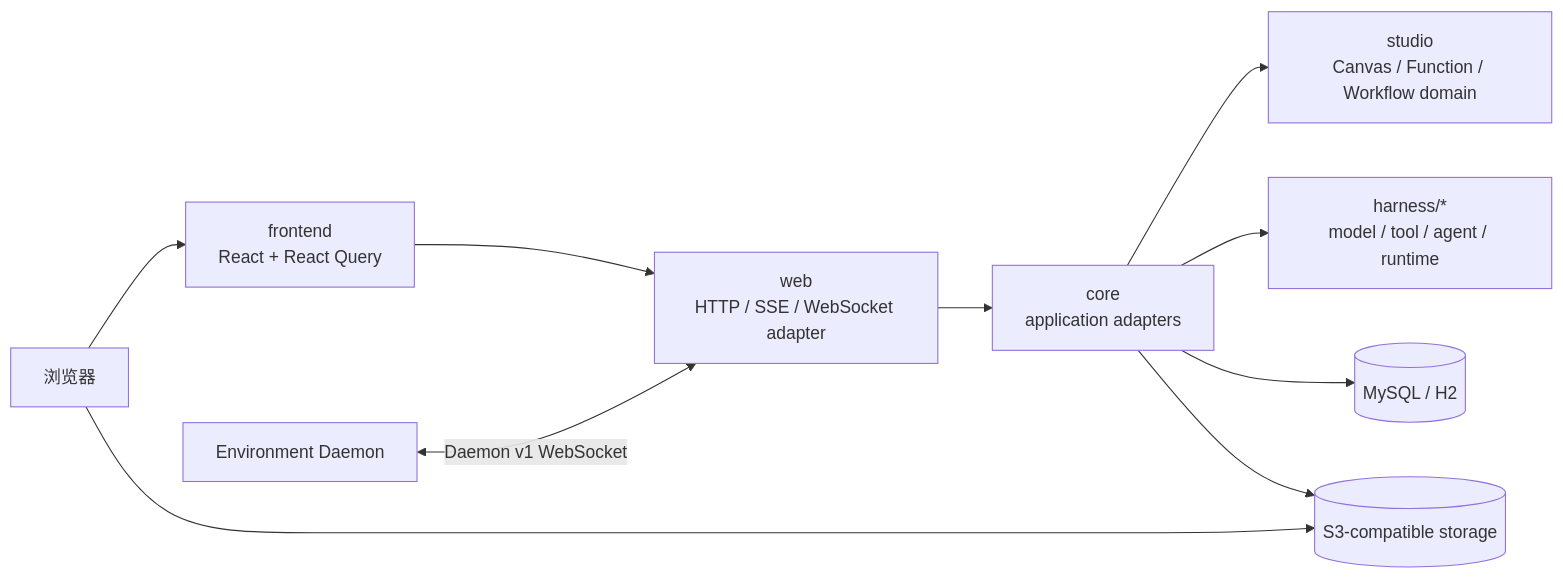
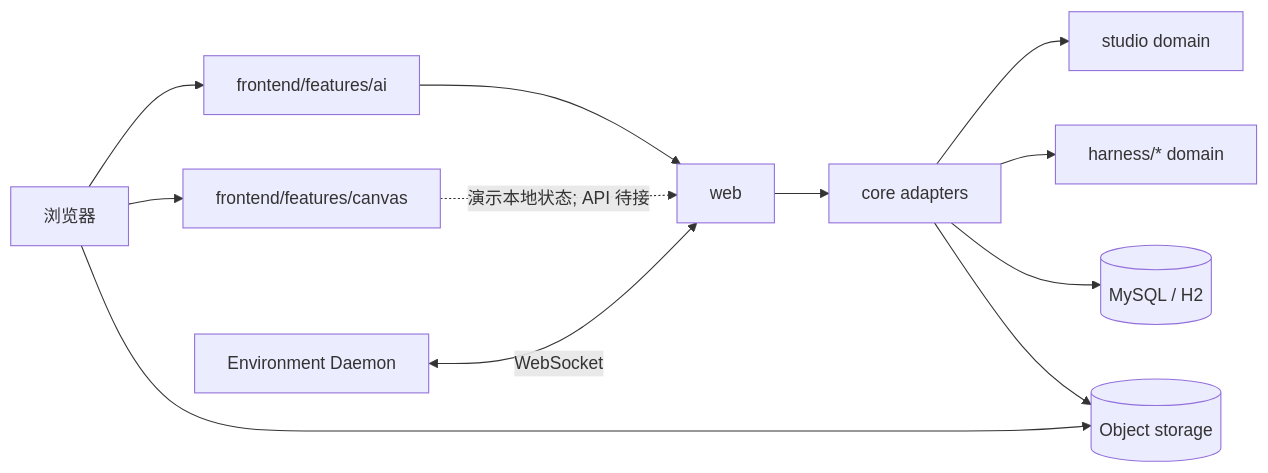
The diagram in docs/technical-solution/architecture.md (fengwk/kk-studio), drawn with Mermaid before and after one commit. The commit also changed other lines of this file and 28 other files, not shown here.

First line of the commit message:
refactor: make dual-domain architecture explicit and aligned

````diff
--- a/docs/technical-solution/architecture.md
+++ b/docs/technical-solution/architecture.md
@@ -7,22 +16,25 @@
 ```mermaid
 flowchart LR
     Browser[浏览器]
-    Frontend[frontend<br/>React + React Query]
-    Web[web<br/>HTTP / SSE / WebSocket adapter]
-    Core[core<br/>application adapters]
-    Studio[studio<br/>Canvas / Function / Workflow domain]
-    Runtime[harness/*<br/>model / tool / agent / runtime]
+    FE_AI[frontend/features/ai]
+    FE_CV[frontend/features/canvas]
+    Web[web]
+    Core[core adapters]
+    Studio[studio domain]
+    Harness[harness/* domain]
     Store[(MySQL / H2)]
-    Environment[Environment Daemon]
-    S3[(S3-compatible storage)]
+    S3[(Object storage)]
+    Env[Environment Daemon]
 
-    Browser --> Frontend
-    Frontend --> Web
+    Browser --> FE_AI
+    Browser --> FE_CV
+    FE_AI --> Web
+    FE_CV -.->|演示本地状态; API 待接| Web
     Web --> Core
     Core --> Studio
-    Core --> Runtime
+    Core --> Harness
     Core --> Store
+    Core --> S3
     Browser --> S3
-    Environment <-->|Daemon v1 WebSocket| Web
-    Core --> S3
+    Env <-->|WebSocket| Web
 ```
````
